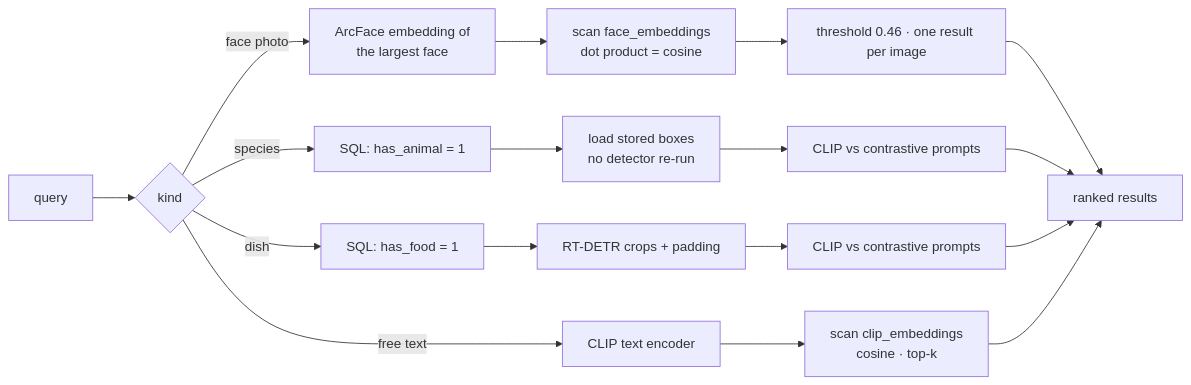
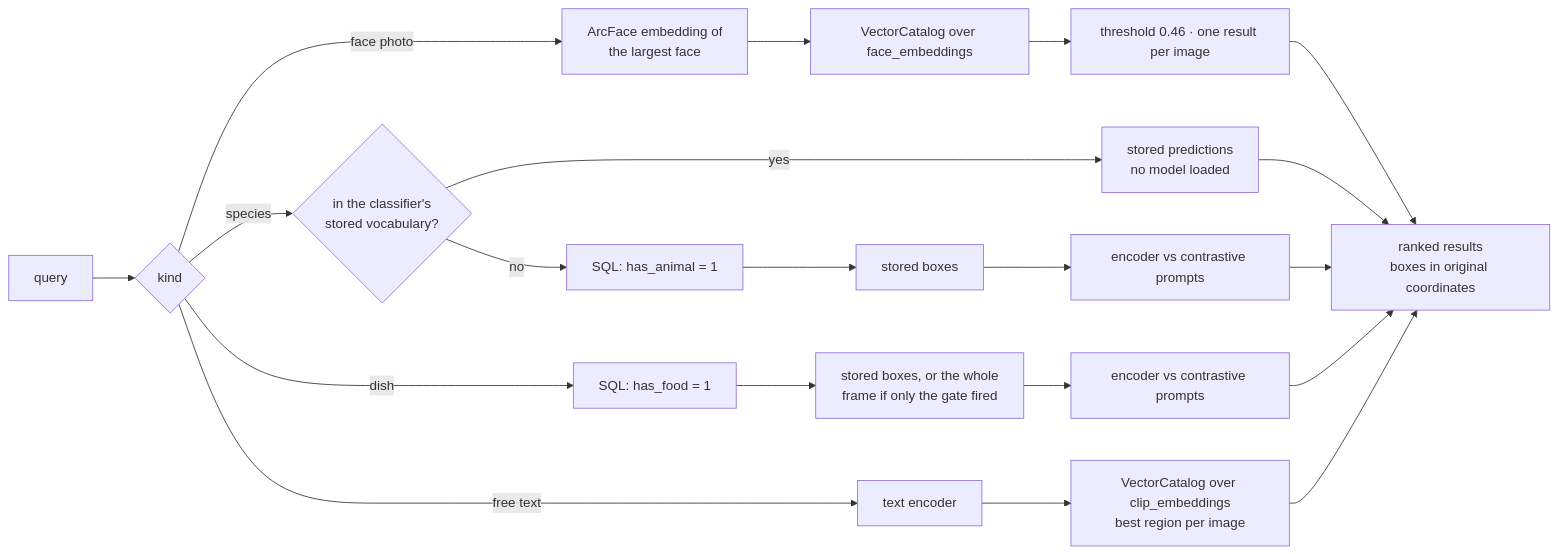
The second of 2 diagrams in docs/architecture.md (ParsaVictor/visual-intelligence-engine), drawn with Mermaid before and after one commit. The commit also changed other lines of this file and 45 other files, not shown here.

````diff
--- a/docs/architecture.md
+++ b/docs/architecture.md
@@ -44,24 +50,27 @@
 ```mermaid
 flowchart LR
     Q[query] --> R{kind}
 
     R -- face photo --> F1[ArcFace embedding of<br/>the largest face]
-    F1 --> F2[scan face_embeddings<br/>dot product = cosine]
+    F1 --> F2[VectorCatalog over face_embeddings]
     F2 --> F3[threshold 0.46 · one result per image]
 
-    R -- species --> A1[SQL: has_animal = 1]
-    A1 --> A2[load stored boxes<br/>no detector re-run]
-    A2 --> A3[CLIP vs contrastive prompts]
+    R -- species --> A0{in the classifier's<br/>stored vocabulary?}
+    A0 -- yes --> A9[stored predictions<br/>no model loaded]
+    A0 -- no --> A1[SQL: has_animal = 1]
+    A1 --> A2[stored boxes]
+    A2 --> A3[encoder vs contrastive prompts]
 
     R -- dish --> D1[SQL: has_food = 1]
-    D1 --> D2[RT-DETR crops + padding]
-    D2 --> D3[CLIP vs contrastive prompts]
+    D1 --> D2[stored boxes, or the whole<br/>frame if only the gate fired]
+    D2 --> D3[encoder vs contrastive prompts]
 
-    R -- free text --> T1[CLIP text encoder]
-    T1 --> T2[scan clip_embeddings<br/>cosine · top-k]
+    R -- free text --> T1[text encoder]
+    T1 --> T2[VectorCatalog over clip_embeddings<br/>best region per image]
 
-    F3 --> OUT[ranked results]
+    F3 --> OUT[ranked results<br/>boxes in original coordinates]
+    A9 --> OUT
     A3 --> OUT
     D3 --> OUT
     T2 --> OUT
 ```
````
